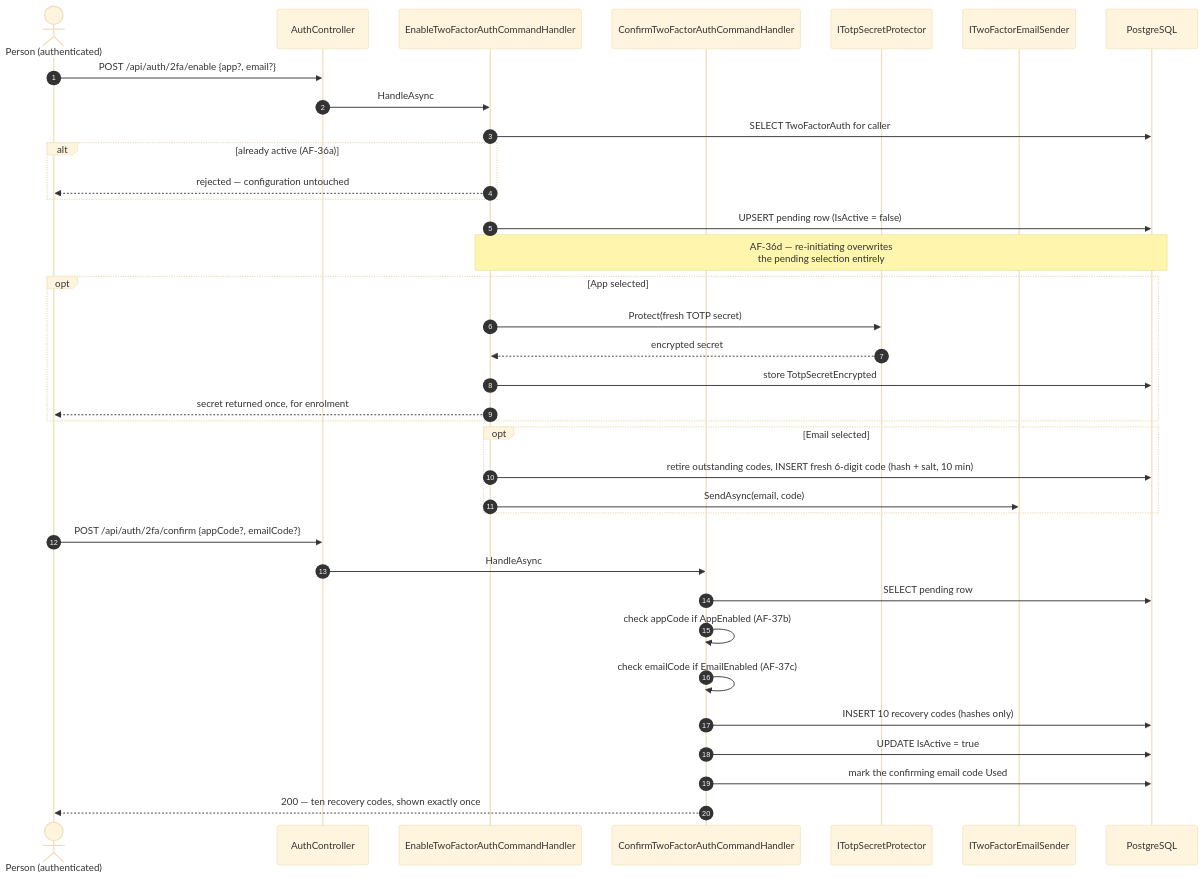
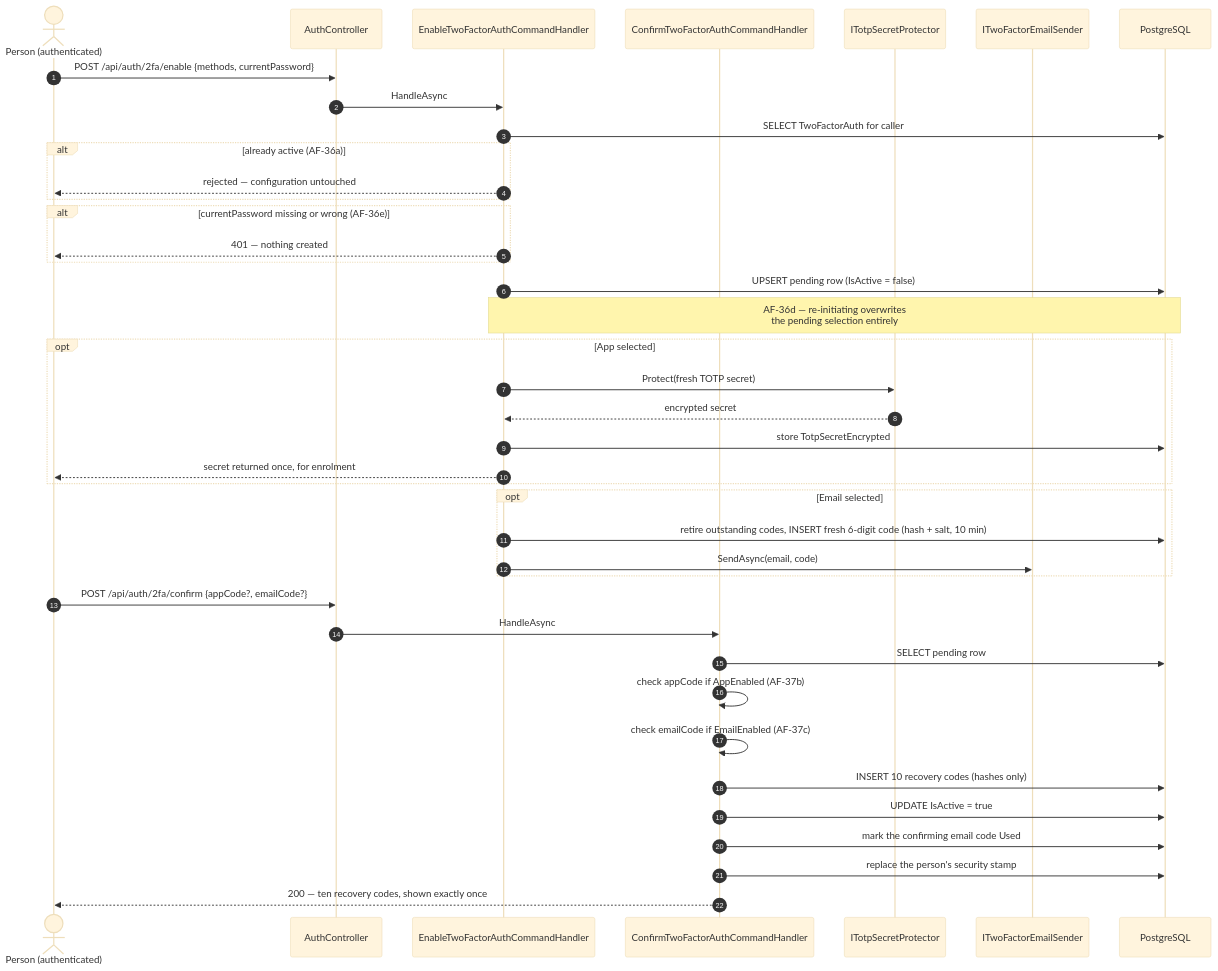
The second of 3 diagrams in docs/content/en/docs/flows/two-factor.md (artur-rios/heimdall-api), drawn with Mermaid (base theme) before and after one commit. The commit also changed other lines of this file and 8 other files, not shown here.

````diff
--- a/docs/content/en/docs/flows/two-factor.md
+++ b/docs/content/en/docs/flows/two-factor.md
@@ -30,41 +30,45 @@
 ```mermaid
 sequenceDiagram
     autonumber
     actor P as Person (authenticated)
     participant AC as AuthController
     participant EH as EnableTwoFactorAuthCommandHandler
     participant CH as ConfirmTwoFactorAuthCommandHandler
     participant TP as ITotpSecretProtector
     participant ES as ITwoFactorEmailSender
     participant DB as PostgreSQL
 
-    P->>AC: POST /api/auth/2fa/enable {app?, email?}
+    P->>AC: POST /api/auth/2fa/enable {methods, currentPassword}
     AC->>EH: HandleAsync
     EH->>DB: SELECT TwoFactorAuth for caller
     alt already active (AF-36a)
         EH-->>P: rejected — configuration untouched
+    end
+    alt currentPassword missing or wrong (AF-36e)
+        EH-->>P: 401 — nothing created
     end
     EH->>DB: UPSERT pending row (IsActive = false)
     Note over EH,DB: AF-36d — re-initiating overwrites<br/>the pending selection entirely
 
     opt App selected
         EH->>TP: Protect(fresh TOTP secret)
         TP-->>EH: encrypted secret
         EH->>DB: store TotpSecretEncrypted
         EH-->>P: secret returned once, for enrolment
     end
     opt Email selected
         EH->>DB: retire outstanding codes, INSERT fresh 6-digit code (hash + salt, 10 min)
         EH->>ES: SendAsync(email, code)
     end
 
     P->>AC: POST /api/auth/2fa/confirm {appCode?, emailCode?}
     AC->>CH: HandleAsync
     CH->>DB: SELECT pending row
     CH->>CH: check appCode if AppEnabled (AF-37b)
     CH->>CH: check emailCode if EmailEnabled (AF-37c)
     CH->>DB: INSERT 10 recovery codes (hashes only)
     CH->>DB: UPDATE IsActive = true
     CH->>DB: mark the confirming email code Used
+    CH->>DB: replace the person's security stamp
     CH-->>P: 200 — ten recovery codes, shown exactly once
 ```
````
